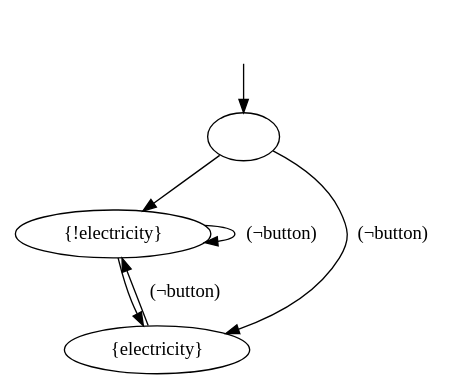
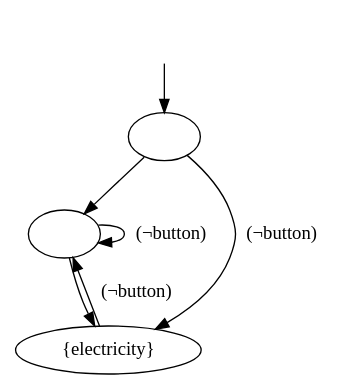
One commit to schaefer-dev/master_thesis_benchmarks changed the diagram in kltl_inputs/electricity_repair.gv. Above: the diagram before and after it, drawn with Graphviz. The commit also changed 2 other files, not shown here.

```diff
--- a/kltl_inputs/electricity_repair.gv
+++ b/kltl_inputs/electricity_repair.gv
@@ -1,12 +1,12 @@
 digraph graphname {
         _init [style="invis"];
         _init -> s0[label=""];
         s0[label=""];
-        s1[label="{!electricity}"];
+        s1[label=""];
         s2[label="{electricity}"];
         s0 -> s1 [label=""];
         s0 -> s2 [label="(¬button)"];
         s1 -> s1 [label="(¬button)"];
         s1 -> s2 [label=""];
         s2 -> s1 [label="(¬button)"];
 }
```
